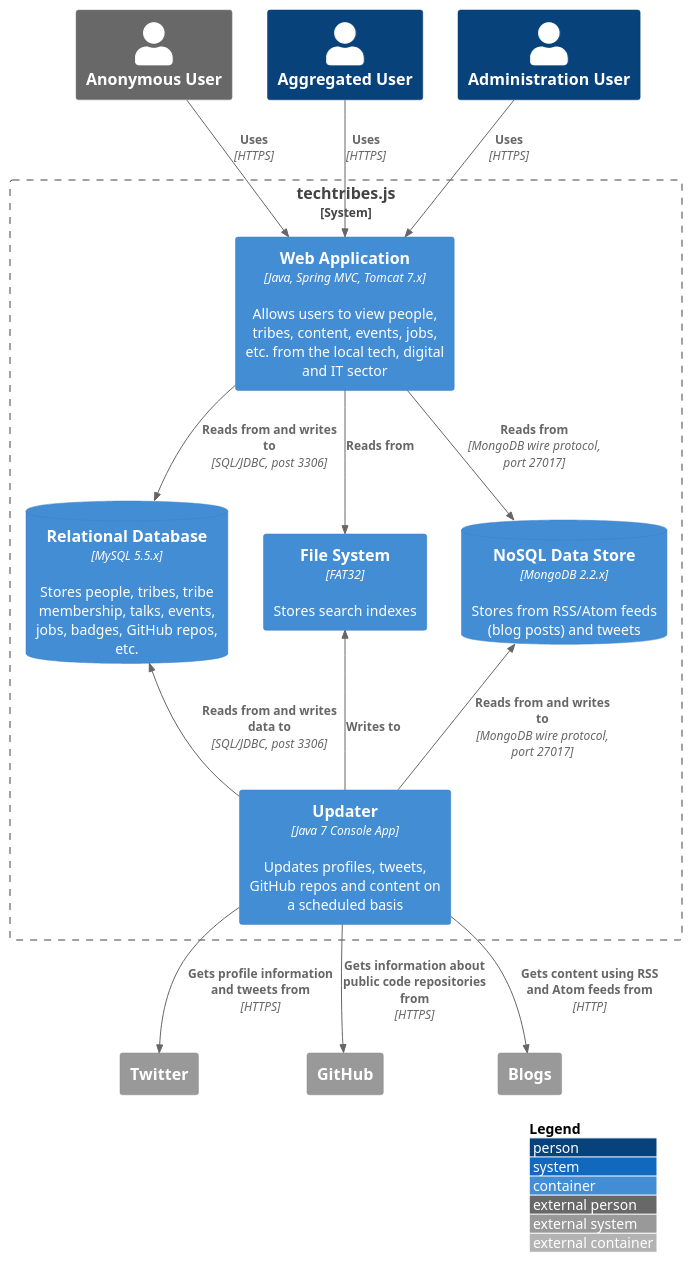
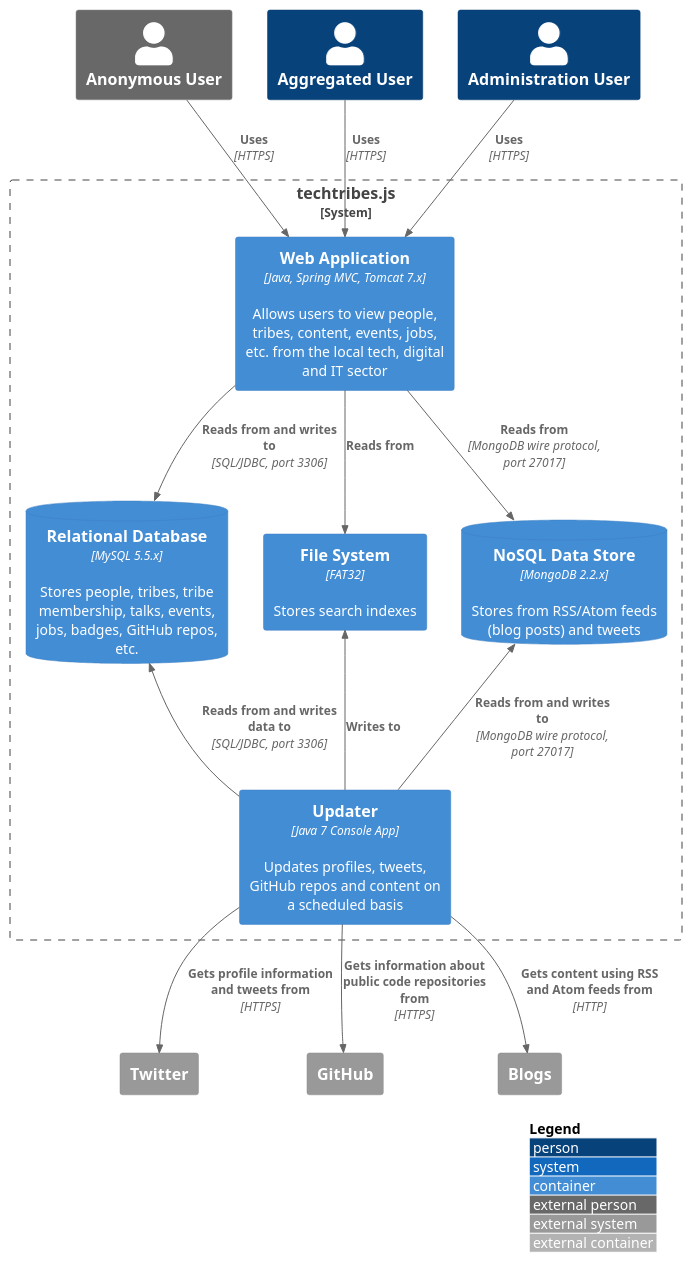
Before and after one commit to plantuml-stdlib/C4-PlantUML: the diagram in samples/C4_Container Diagram Sample - techtribesjs.puml, drawn with PlantUML.

Commit message:
Use port instead of post for SQL/JDBC in sample #28

```diff
--- a/samples/C4_Container Diagram Sample - techtribesjs.puml
+++ b/samples/C4_Container Diagram Sample - techtribesjs.puml
@@ -1,51 +1,51 @@
 @startuml "techtribesjs"
 !include https://raw.githubusercontent.com/adrianvlupu/C4-PlantUML/latest/C4_Container.puml
 ' uncomment the following line and comment the first to use locally
 ' !include C4_Container.puml
 
 LAYOUT_TOP_DOWN()
 'LAYOUT_AS_SKETCH()
 LAYOUT_WITH_LEGEND()
 
 
 Person_Ext(anonymous_user, "Anonymous User")
 Person(aggregated_user, "Aggregated User")
 Person(administration_user, "Administration User")
 
 System_Boundary(c1, "techtribes.js"){
     
     Container(web_app, "Web Application", "Java, Spring MVC, Tomcat 7.x", "Allows users to view people, tribes, content, events, jobs, etc. from the local tech, digital and IT sector")
 
     ContainerDb(rel_db, "Relational Database", "MySQL 5.5.x", "Stores people, tribes, tribe membership, talks, events, jobs, badges, GitHub repos, etc.")
 
     Container(filesystem, "File System", "FAT32", "Stores search indexes")
 
     ContainerDb(nosql, "NoSQL Data Store", "MongoDB 2.2.x", "Stores from RSS/Atom feeds (blog posts) and tweets")
 
     Container(updater, "Updater", "Java 7 Console App", "Updates profiles, tweets, GitHub repos and content on a scheduled basis")
 }
 
 System_Ext(twitter, "Twitter")
 System_Ext(github, "GitHub")
 System_Ext(blogs, "Blogs")
 
 
 Rel(anonymous_user, web_app, "Uses", "HTTPS")
 Rel(aggregated_user, web_app, "Uses", "HTTPS")
 Rel(administration_user, web_app, "Uses", "HTTPS")
 
-Rel(web_app, rel_db, "Reads from and writes to", "SQL/JDBC, post 3306")
+Rel(web_app, rel_db, "Reads from and writes to", "SQL/JDBC, port 3306")
 Rel(web_app, filesystem, "Reads from")
 Rel(web_app, nosql, "Reads from", "MongoDB wire protocol, port 27017")
 
-Rel_U(updater, rel_db, "Reads from and writes data to", "SQL/JDBC, post 3306")
+Rel_U(updater, rel_db, "Reads from and writes data to", "SQL/JDBC, port 3306")
 Rel_U(updater, filesystem, "Writes to")
 Rel_U(updater, nosql, "Reads from and writes to", "MongoDB wire protocol, port 27017")
 
 Rel(updater, twitter, "Gets profile information and tweets from", "HTTPS")
 Rel(updater, github, "Gets information about public code repositories from", "HTTPS")
 Rel(updater, blogs, "Gets content using RSS and Atom feeds from", "HTTP")
 
 Lay_R(rel_db, filesystem)
 
 @enduml
```
